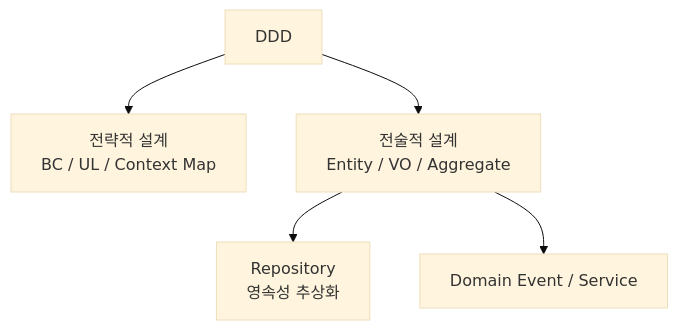
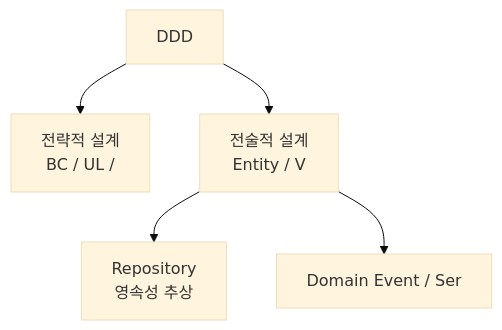
The first of 7 diagrams in _posts/architecture/2026-05-01-ddd.md (yjkim2015/yjkim2015.github.io), drawn with Mermaid (base theme) before and after one commit. The commit also changed other lines of this file and 271 other files, not shown here.

First line of the commit message:
Mermaid 라벨 축소: 긴 노드 텍스트 18자 이하로 트림 + \n 제거

````diff
--- a/_posts/architecture/2026-05-01-ddd.md
+++ b/_posts/architecture/2026-05-01-ddd.md
@@ -47,8 +47,8 @@
 ```mermaid
 graph TD
     DDD[DDD]
-    DDD --> Strategic["전략적 설계\nBC / UL / Context Map"]
-    DDD --> Tactical["전술적 설계\nEntity / VO / Aggregate"]
-    Tactical --> Repo["Repository\n영속성 추상화"]
-    Tactical --> DE["Domain Event / Service"]
+    DDD --> Strategic["전략적 설계\nBC / UL /"]
+    DDD --> Tactical["전술적 설계\nEntity / V"]
+    Tactical --> Repo["Repository\n영속성 추상"]
+    Tactical --> DE["Domain Event / Ser"]
 ```
````
